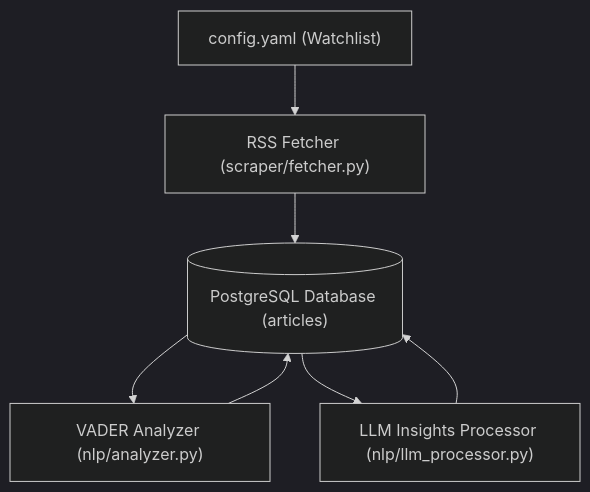
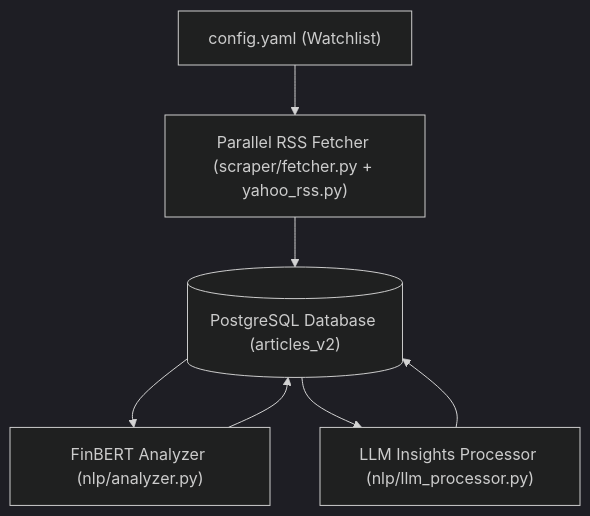
One commit to popo-male/stock-intel-pipeline changed the diagram in README.md. Above: the diagram before and after it, drawn with Mermaid (dark theme). The commit also changed other lines of this file, not shown here.

````diff
--- a/README.md
+++ b/README.md
@@ -18,9 +18,9 @@
 ```mermaid
 flowchart TD
-    Config["config.yaml (Watchlist)"] --> Fetcher["RSS Fetcher (scraper/fetcher.py)"]
-    Fetcher --> DB[("PostgreSQL Database (articles)")]
-    DB --> Sentiment["VADER Analyzer (nlp/analyzer.py)"]
+    Config["config.yaml (Watchlist)"] --> Fetcher["Parallel RSS Fetcher (scraper/fetcher.py + yahoo_rss.py)"]
+    Fetcher --> DB[("PostgreSQL Database (articles_v2)")]
+    DB --> Sentiment["FinBERT Analyzer (nlp/analyzer.py)"]
     DB --> LLM["LLM Insights Processor (nlp/llm_processor.py)"]
     Sentiment --> DB
     LLM --> DB
 ```
````
